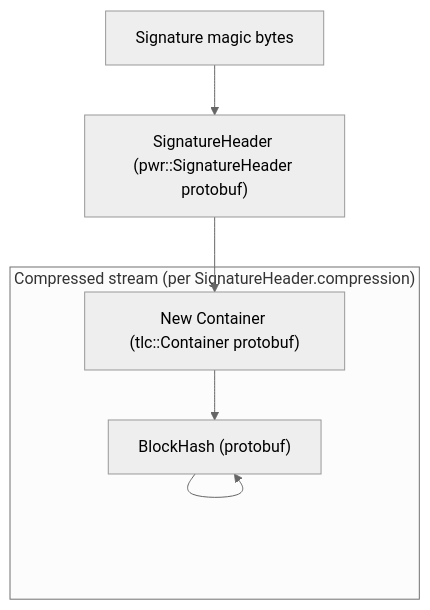
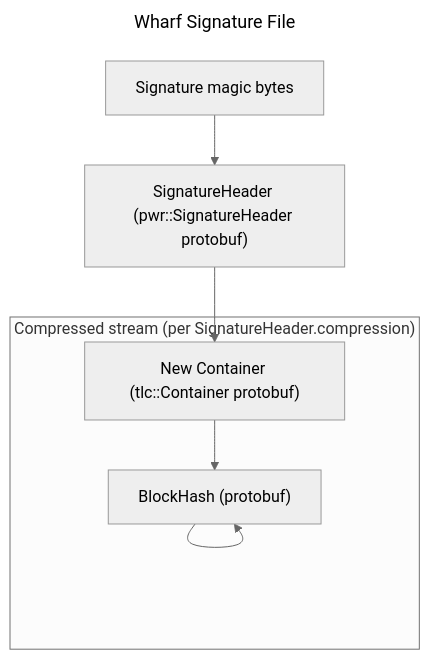
Before and after one commit to Vidi0/scratch-io: the diagram in docs/wharf/file_formats/signature.md, drawn with Mermaid (neutral theme).

Commit message:
Add title to signature diagram

````diff
--- a/docs/wharf/file_formats/signature.md
+++ b/docs/wharf/file_formats/signature.md
@@ -1,9 +1,12 @@
 ```mermaid
+---
+title: Wharf Signature File
+---
 flowchart TB
     Magic["Signature magic bytes"] --> SignatureHeader["SignatureHeader (pwr::SignatureHeader protobuf)"]
     SignatureHeader --> ContainerNew
     subgraph Compressed["Compressed stream (per SignatureHeader.compression)"]
         ContainerNew["New Container (tlc::Container protobuf)"] --> BlockHash["BlockHash (protobuf)"]
         BlockHash --> BlockHash
     end
 ```
````
